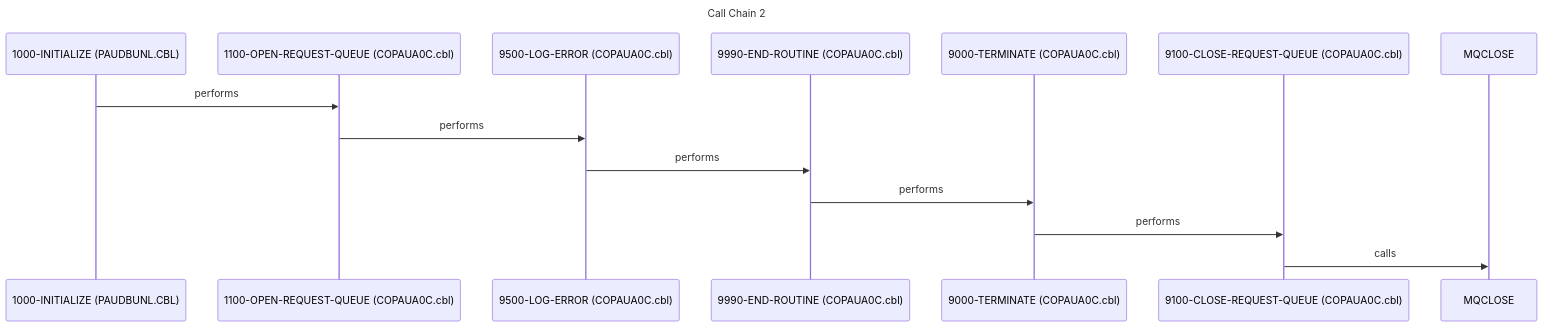
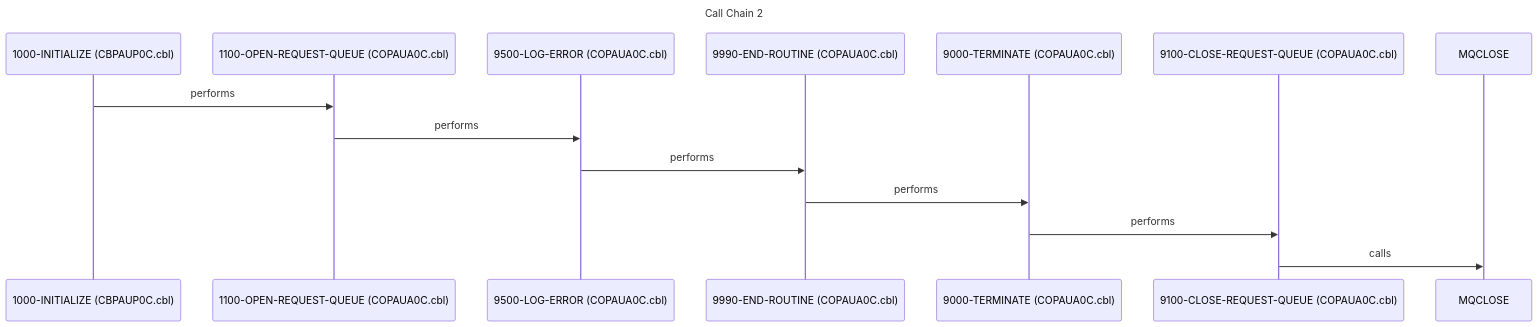
Before and after one commit to andrasfe/war_rig: the third of 6 diagrams in example_output/SYSTEM_DESIGN.md, drawn with Mermaid. The commit also changed other lines of this file and 114 other files, not shown here.

````diff
--- a/example_output/SYSTEM_DESIGN.md
+++ b/example_output/SYSTEM_DESIGN.md
@@ -355,17 +382,17 @@
 ```mermaid
 sequenceDiagram
     title Call Chain 2
-    participant 1000_INITIALIZE as 1000-INITIALIZE (PAUDBUNL.CBL)
+    participant 1000_INITIALIZE as 1000-INITIALIZE (CBPAUP0C.cbl)
     participant 1100_OPEN_REQUEST_QUEUE as 1100-OPEN-REQUEST-QUEUE (COPAUA0C.cbl)
     participant 9500_LOG_ERROR as 9500-LOG-ERROR (COPAUA0C.cbl)
     participant 9990_END_ROUTINE as 9990-END-ROUTINE (COPAUA0C.cbl)
     participant 9000_TERMINATE as 9000-TERMINATE (COPAUA0C.cbl)
     participant 9100_CLOSE_REQUEST_QUEUE as 9100-CLOSE-REQUEST-QUEUE (COPAUA0C.cbl)
     participant MQCLOSE as MQCLOSE
     1000_INITIALIZE->>1100_OPEN_REQUEST_QUEUE: performs
     1100_OPEN_REQUEST_QUEUE->>9500_LOG_ERROR: performs
     9500_LOG_ERROR->>9990_END_ROUTINE: performs
     9990_END_ROUTINE->>9000_TERMINATE: performs
     9000_TERMINATE->>9100_CLOSE_REQUEST_QUEUE: performs
     9100_CLOSE_REQUEST_QUEUE->>MQCLOSE: calls
 ```
````
